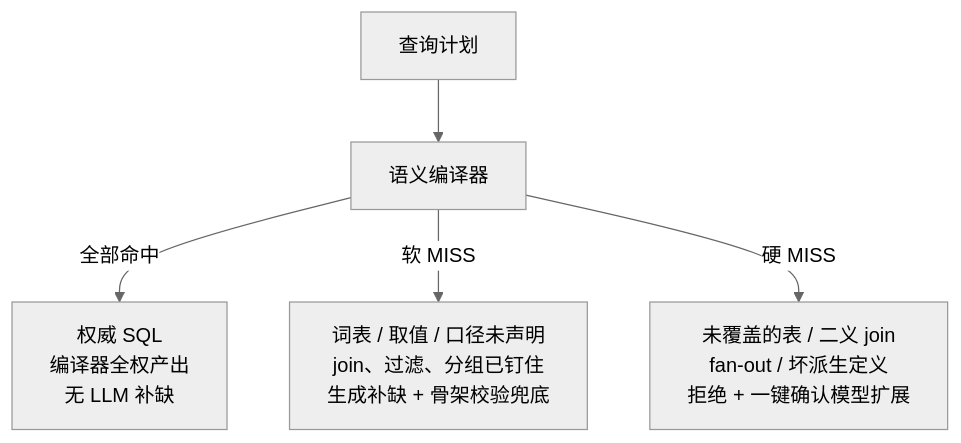
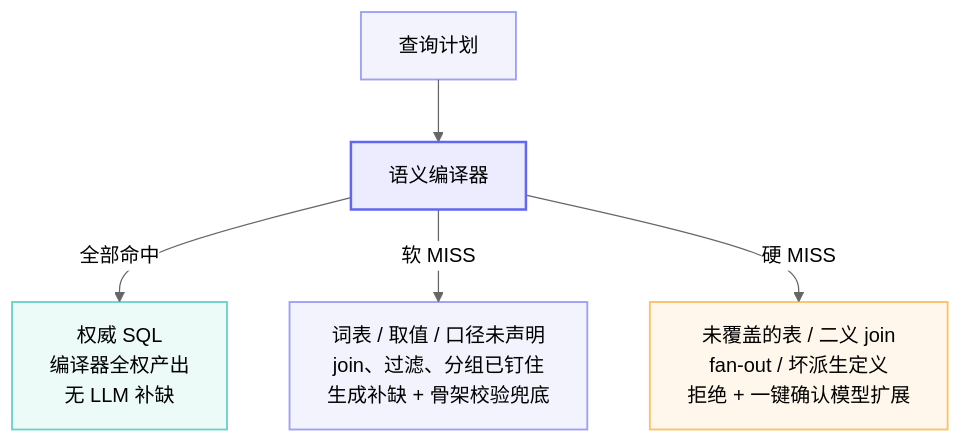
The fourth of 4 diagrams in README.md (Nivane/trove), drawn with Mermaid (neutral theme) before and after one commit. The commit also changed other lines of this file and 33 other files, not shown here.

First line of the commit message:
docs: 配色语言铺满其余 37 图 —— docs 32 页 + README 双语 4 块

````diff
--- a/README.md
+++ b/README.md
@@ -173,7 +181,12 @@
 ```mermaid
 flowchart TB
-    PLAN["查询计划"] --> C["语义编译器"]
-    C -->|"全部命中"| OK["权威 SQL<br/>编译器全权产出<br/>无 LLM 补缺"]
-    C -->|"软 MISS"| PC["词表 / 取值 / 口径未声明<br/>join、过滤、分组已钉住<br/>生成补缺 + 骨架校验兜底"]
-    C -->|"硬 MISS"| MISS["未覆盖的表 / 二义 join<br/>fan-out / 坏派生定义<br/>拒绝 + 一键确认模型扩展"]
+    %% 同一配色语言:语义层 indigo(编译器为图中的主角,2px)· 权威产物 teal · 硬边界判定 amber
+    PLAN["查询计划"]:::gen --> C["语义编译器"]:::core
+    C -->|"全部命中"| OK["权威 SQL<br/>编译器全权产出<br/>无 LLM 补缺"]:::exec
+    C -->|"软 MISS"| PC["词表 / 取值 / 口径未声明<br/>join、过滤、分组已钉住<br/>生成补缺 + 骨架校验兜底"]:::gen
+    C -->|"硬 MISS"| MISS["未覆盖的表 / 二义 join<br/>fan-out / 坏派生定义<br/>拒绝 + 一键确认模型扩展"]:::gate
+    classDef gen fill:#6366f114,stroke:#6366f199,stroke-width:1.5px;
+    classDef core fill:#6366f11f,stroke:#6366f1,stroke-width:2px;
+    classDef exec fill:#14b8a614,stroke:#14b8a699,stroke-width:1.5px;
+    classDef gate fill:#f59e0b14,stroke:#f59e0b99,stroke-width:1.5px;
 ```
````
